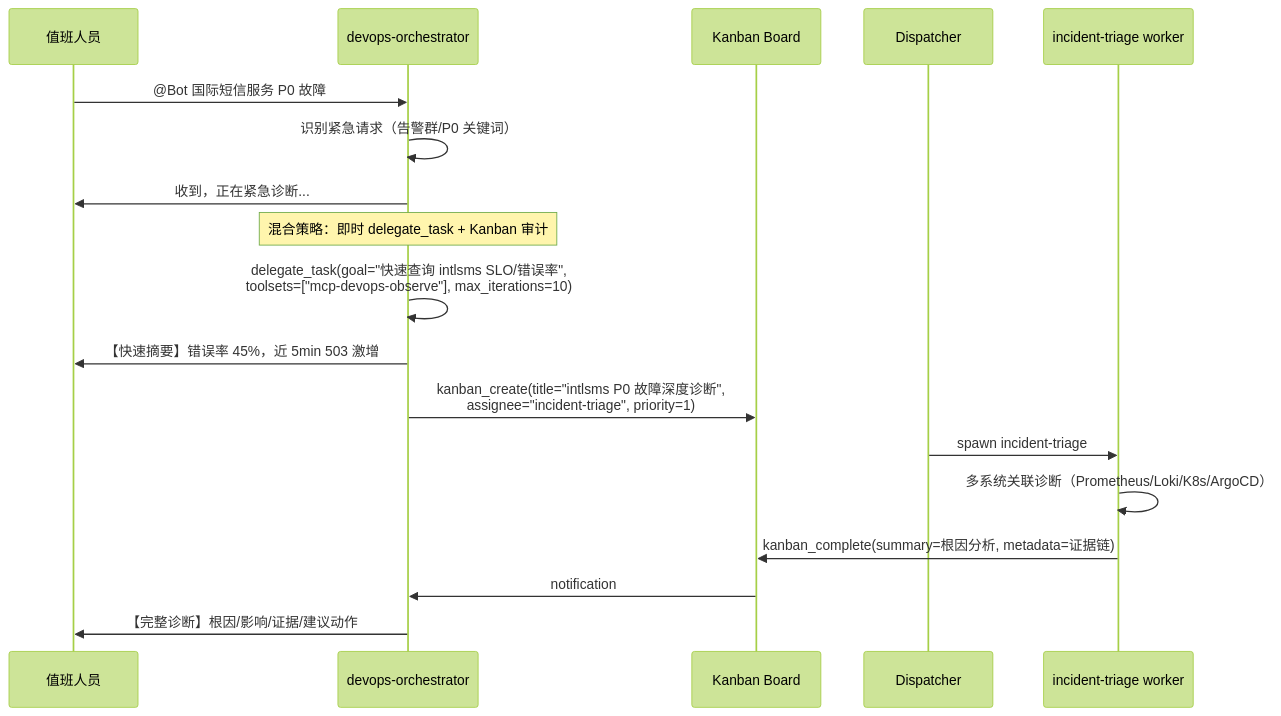
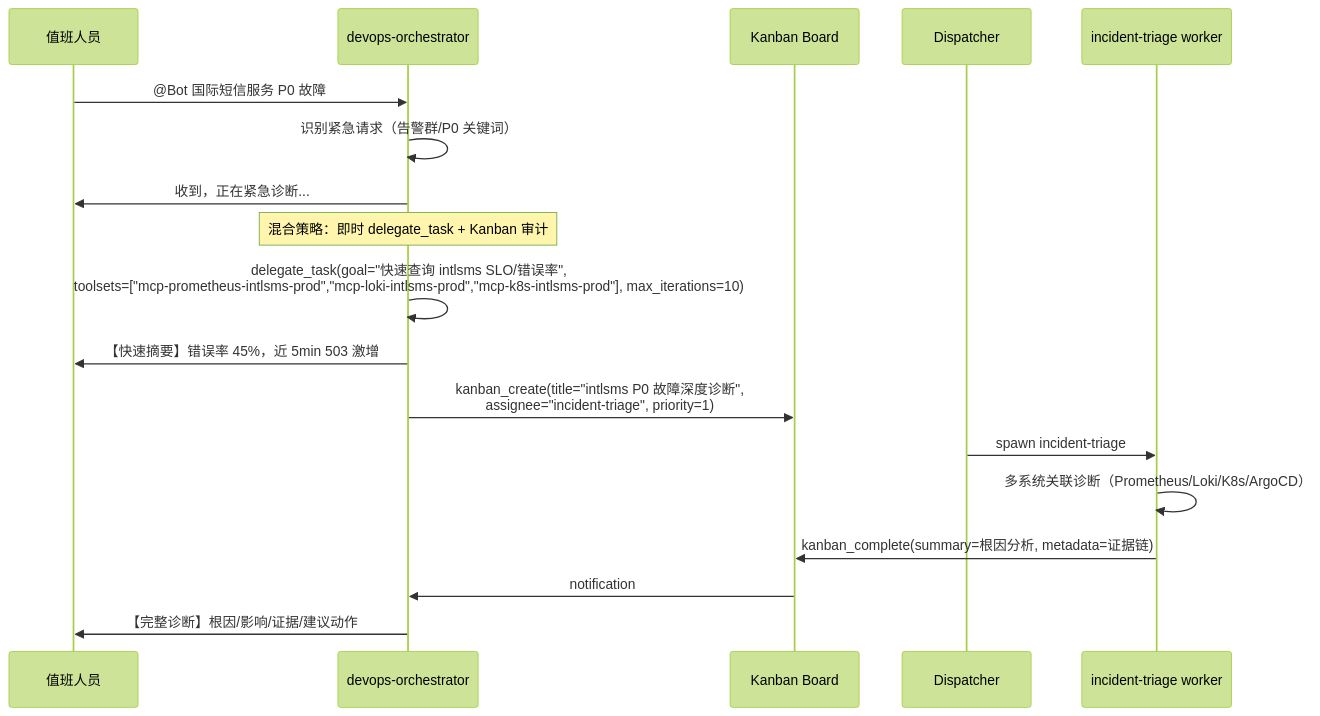
One commit to gongxiude/hermes-devops-agent changed the diagram in docs/implementation/hermes-devops-implementation.md. Above: the diagram before and after it, drawn with Mermaid (forest theme). The commit also changed other lines of this file and 183 other files, not shown here.

````diff
--- a/docs/implementation/hermes-devops-implementation.md
+++ b/docs/implementation/hermes-devops-implementation.md
@@ -1756,23 +1801,23 @@
 ```mermaid
 sequenceDiagram
     participant User as 值班人员
     participant Orch as devops-orchestrator
     participant Board as Kanban Board
     participant Disp as Dispatcher
     participant Triage as incident-triage worker
 
     User->>Orch: @Bot 国际短信服务 P0 故障
     Orch->>Orch: 识别紧急请求（告警群/P0 关键词）
     Orch->>User: 收到，正在紧急诊断...
     
     Note over Orch: 混合策略：即时 delegate_task + Kanban 审计
-    Orch->>Orch: delegate_task(goal="快速查询 intlsms SLO/错误率",<br/>toolsets=["mcp-devops-observe"], max_iterations=10)
+    Orch->>Orch: delegate_task(goal="快速查询 intlsms SLO/错误率",<br/>toolsets=["mcp-prometheus-intlsms-prod","mcp-loki-intlsms-prod","mcp-k8s-intlsms-prod"], max_iterations=10)
     Orch->>User: 【快速摘要】错误率 45%，近 5min 503 激增
     
     Orch->>Board: kanban_create(title="intlsms P0 故障深度诊断",<br/>assignee="incident-triage", priority=1)
     Disp->>Triage: spawn incident-triage
     Triage->>Triage: 多系统关联诊断（Prometheus/Loki/K8s/ArgoCD）
     Triage->>Board: kanban_complete(summary=根因分析, metadata=证据链)
     Board->>Orch: notification
     Orch->>User: 【完整诊断】根因/影响/证据/建议动作
 ```
````
